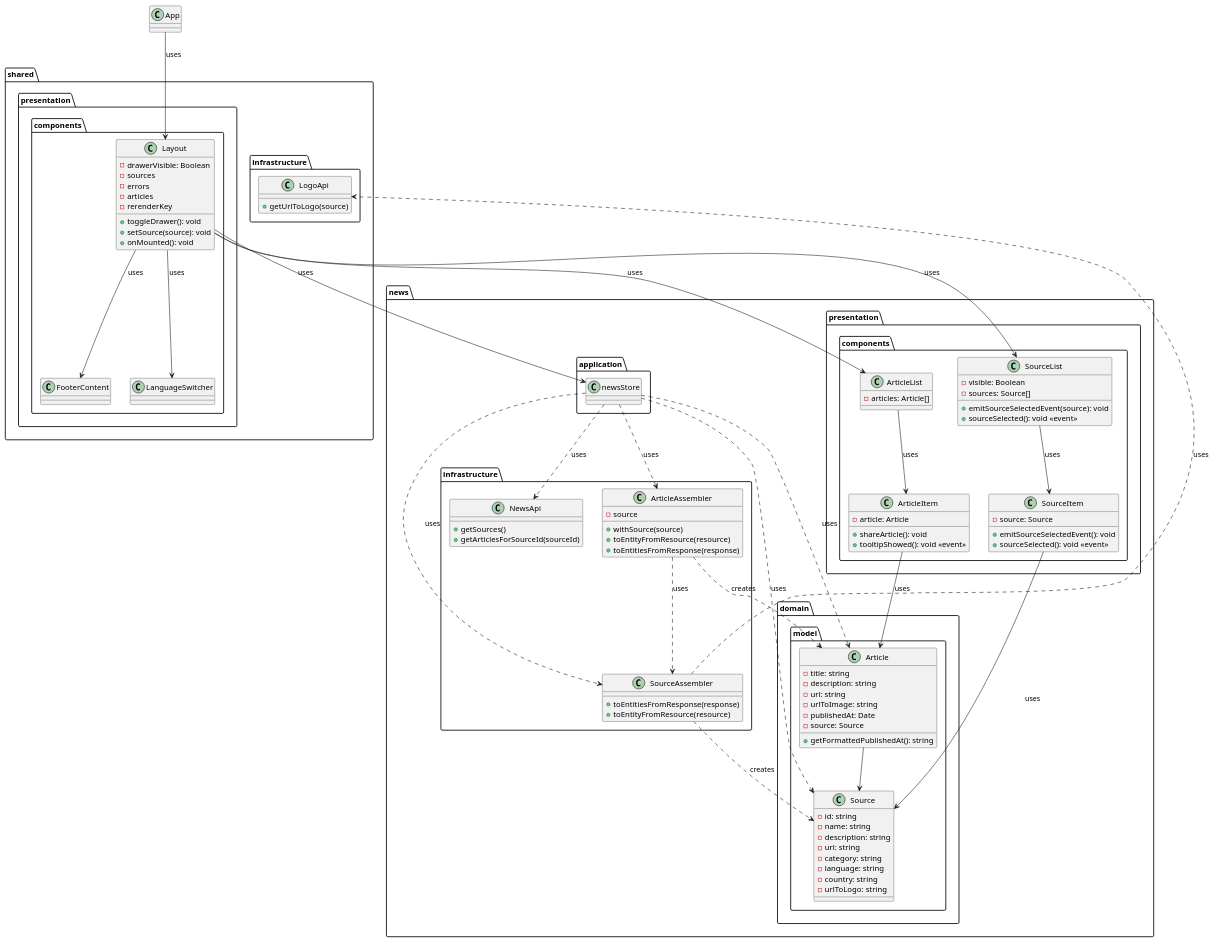
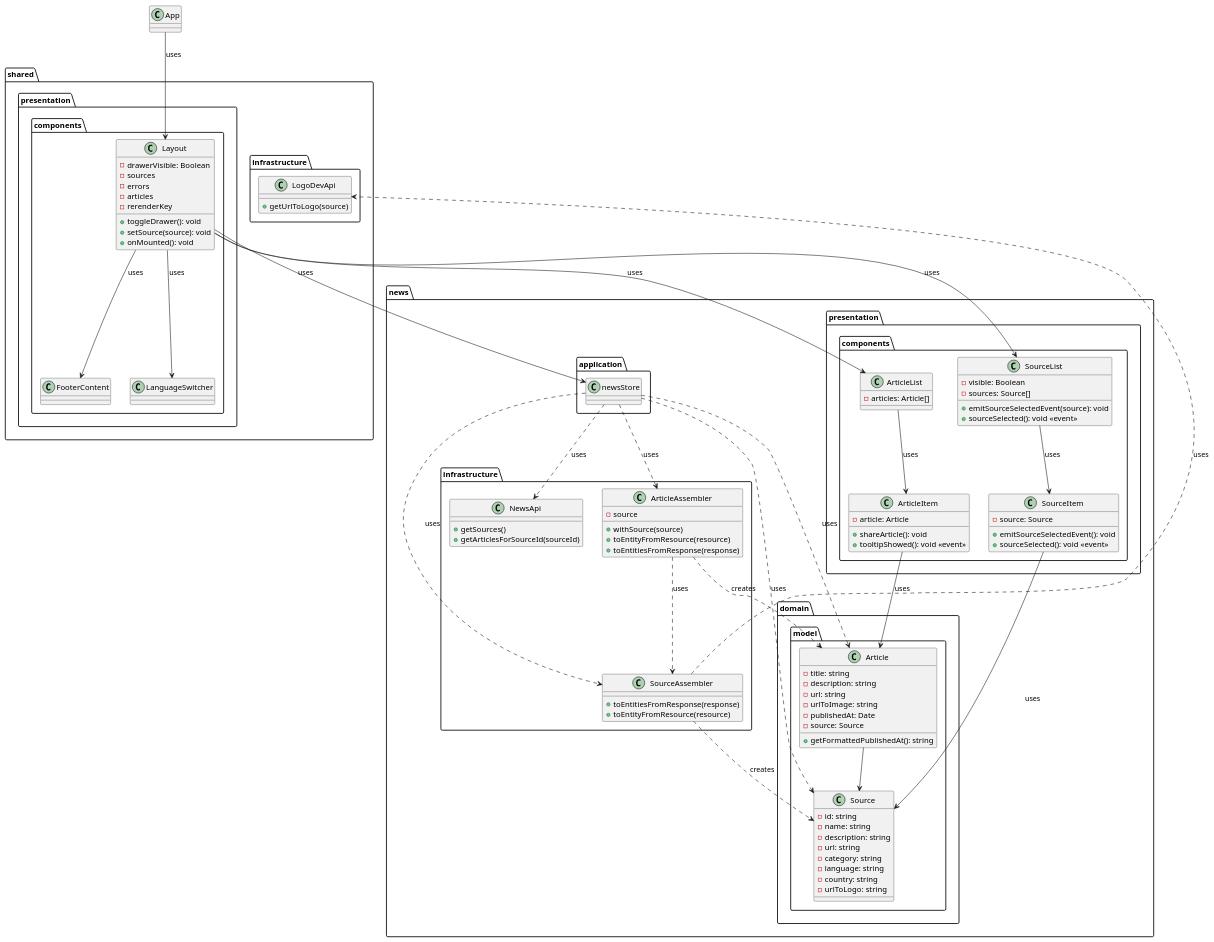
Before and after one commit to upc-pre-202610-1asi0730-sandbox/catch-up: the diagram in docs/class-diagram.puml, drawn with PlantUML.

Commit message:
refactor(class-diagram): rename logo api to logo dev api in class diagram.

```diff
--- a/docs/class-diagram.puml
+++ b/docs/class-diagram.puml
@@ -1,117 +1,117 @@
 @startuml
 
 package "news.domain.model" {
   class Article {
     - title: string
     - description: string
     - url: string
     - urlToImage: string
     - publishedAt: Date
     - source: Source
     + getFormattedPublishedAt(): string
   }
   class Source {
     - id: string
     - name: string
     - description: string
     - url: string
     - category: string
     - language: string
     - country: string
     - urlToLogo: string
   }
 }
 
 package "news.application" {
   class newsStore
 }
 
 package "news.infrastructure" {
   class NewsApi {
     + getSources()
     + getArticlesForSourceId(sourceId)
   }
   class ArticleAssembler {
     - source
     + withSource(source)
     + toEntityFromResource(resource)
     + toEntitiesFromResponse(response)
   }
   class SourceAssembler {
     + toEntitiesFromResponse(response)
     + toEntityFromResource(resource)
   }
 }
 
 package "news.presentation.components" {
   class ArticleItem {
     - article: Article
     + shareArticle(): void
     + tooltipShowed(): void <<event>>
   }
   class ArticleList {
     - articles: Article[]
   }
   class SourceItem {
     - source: Source
     + emitSourceSelectedEvent(): void
     + sourceSelected(): void <<event>>
   }
   class SourceList {
     - visible: Boolean
     - sources: Source[]
     + emitSourceSelectedEvent(source): void
     + sourceSelected(): void <<event>>
   }
 }
 
 package "shared.infrastructure" {
-  class LogoApi {
+  class LogoDevApi {
     + getUrlToLogo(source)
   }
 }
 
 package "shared.presentation.components" {
   class FooterContent {
     ' static content
   }
   class LanguageSwitcher {
     ' binds $i18n.locale
   }
   class Layout {
     - drawerVisible: Boolean
     - sources
     - errors
     - articles
     - rerenderKey
     + toggleDrawer(): void
     + setSource(source): void
     + onMounted(): void
   }
 }
 
 class App
 
 ' Relationships outside packages
 Article --> Source
 newsStore ..> "news.domain.model.Article" : uses
 newsStore ..> "news.domain.model.Source" : uses
 newsStore ..> "news.infrastructure.NewsApi" : uses
 newsStore ..> "news.infrastructure.ArticleAssembler" : uses
 newsStore ..> "news.infrastructure.SourceAssembler" : uses
 ArticleAssembler ..> "news.domain.model.Article" : creates
 ArticleAssembler ..> SourceAssembler : uses
 SourceAssembler ..> "news.domain.model.Source" : creates
-SourceAssembler ..> "shared.infrastructure.LogoApi" : uses
+SourceAssembler ..> "shared.infrastructure.LogoDevApi" : uses
 ArticleList --> ArticleItem : uses
 ArticleItem --> Article : uses
 SourceList --> SourceItem : uses
 SourceItem --> Source : uses
 Layout --> FooterContent : uses
 Layout --> LanguageSwitcher : uses
 Layout --> "news.presentation.components.SourceList" : uses
 Layout --> "news.presentation.components.ArticleList" : uses
 Layout --> newsStore : uses
 App --> Layout : uses
 
 @enduml
```
